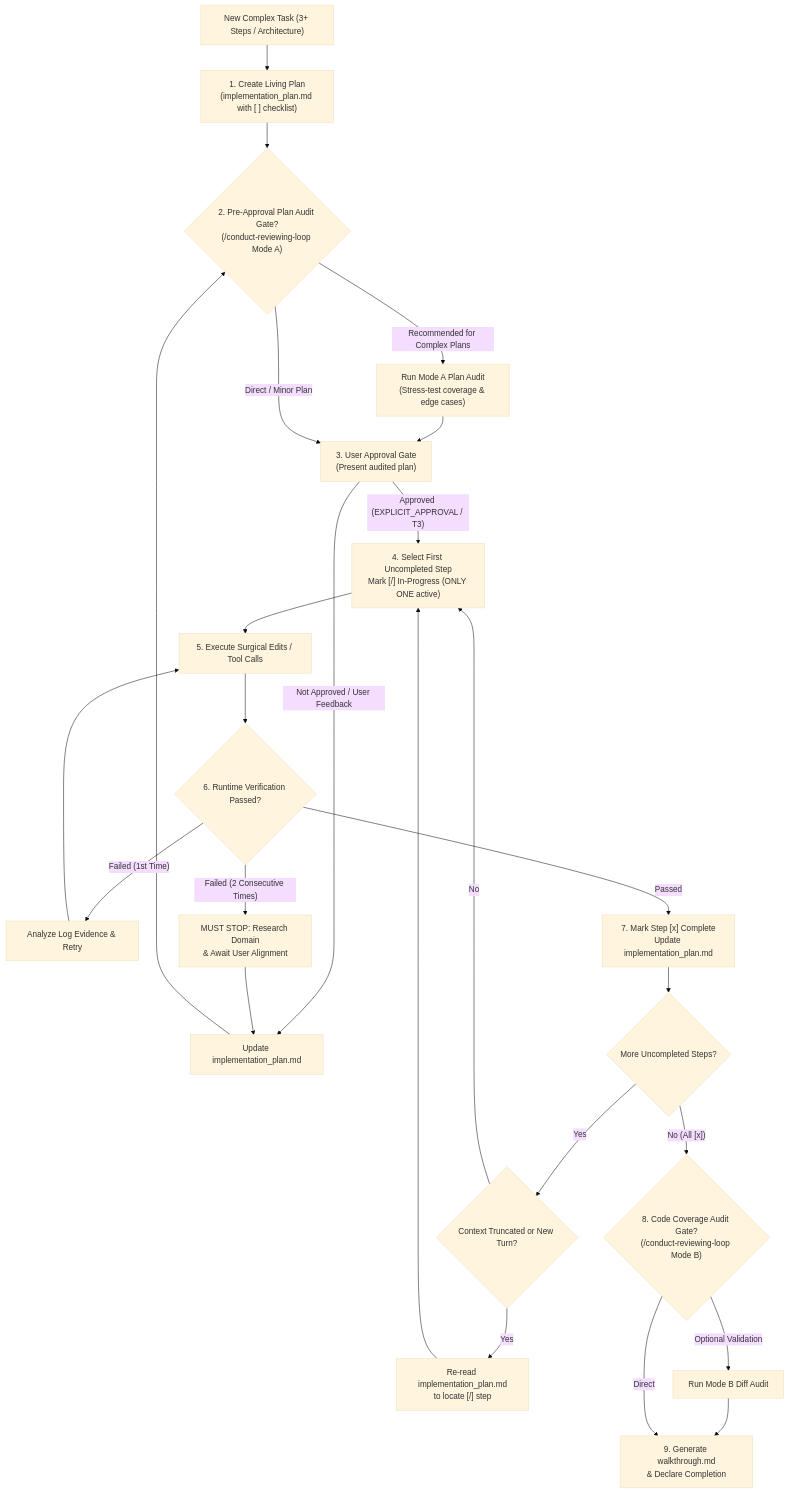
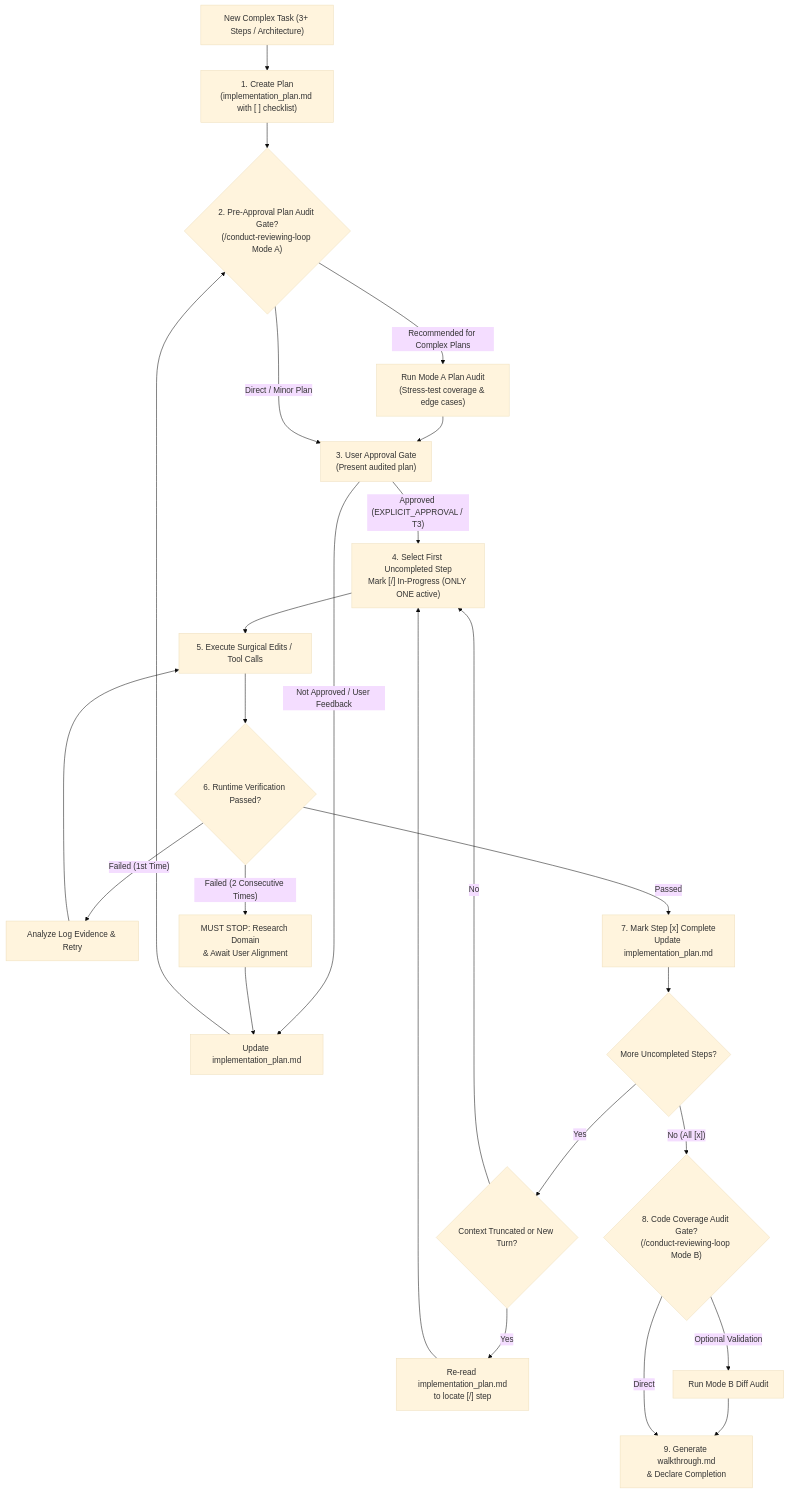
One commit to loerei/myskills changed the third of 10 diagrams in AGENTS.md. Above: the diagram before and after it, drawn with Mermaid (base theme). The commit also changed other lines of this file and 1 other file, not shown here.

Commit message:
docs(policy): strip all occurrences of Living from Section 2 headers and diagrams

````diff
--- a/AGENTS.md
+++ b/AGENTS.md
@@ -80,31 +80,31 @@
 ```mermaid
 flowchart TD
-    Start["New Complex Task (3+ Steps / Architecture)"] --> CreatePlan["1. Create Living Plan<br/>(implementation_plan.md with [ ] checklist)"]
+    Start["New Complex Task (3+ Steps / Architecture)"] --> CreatePlan["1. Create Plan<br/>(implementation_plan.md with [ ] checklist)"]
     CreatePlan --> ModeAOption{"2. Pre-Approval Plan Audit Gate?<br/>(/conduct-reviewing-loop Mode A)"}
     
     ModeAOption -->|"Recommended for Complex Plans"| RunModeA["Run Mode A Plan Audit<br/>(Stress-test coverage & edge cases)"]
     RunModeA --> UserGate["3. User Approval Gate<br/>(Present audited plan)"]
     
     ModeAOption -->|"Direct / Minor Plan"| UserGate
     
     UserGate -->|"Not Approved / User Feedback"| RefinePlanDoc["Update implementation_plan.md"] --> ModeAOption
     
     UserGate -->|"Approved (EXPLICIT_APPROVAL / T3)"| SelectStep["4. Select First Uncompleted Step<br/>Mark [/] In-Progress (ONLY ONE active)"]
     
     SelectStep --> ExecuteStep["5. Execute Surgical Edits / Tool Calls"]
     ExecuteStep --> VerifyStep{"6. Runtime Verification Passed?"}
     
     VerifyStep -->|"Failed (1st Time)"| AnalyzeLog["Analyze Log Evidence & Retry"] --> ExecuteStep
     VerifyStep -->|"Failed (2 Consecutive Times)"| MustStop["MUST STOP: Research Domain<br/>& Await User Alignment"] --> RefinePlanDoc
     
     VerifyStep -->|"Passed"| MarkComplete["7. Mark Step [x] Complete<br/>Update implementation_plan.md"]
     
     MarkComplete --> CheckRemaining{"More Uncompleted Steps?"}
     CheckRemaining -->|"Yes"| ContextCheck{"Context Truncated or New Turn?"}
     ContextCheck -->|"Yes"| ReadPlan["Re-read implementation_plan.md<br/>to locate [/] step"] --> SelectStep
     ContextCheck -->|"No"| SelectStep
     
     CheckRemaining -->|"No (All [x])"| ModeBCheck{"8. Code Coverage Audit Gate?<br/>(/conduct-reviewing-loop Mode B)"}
     ModeBCheck -->|"Optional Validation"| RunModeB["Run Mode B Diff Audit"] --> FinalWalkthrough["9. Generate walkthrough.md<br/>& Declare Completion"]
     ModeBCheck -->|"Direct"| FinalWalkthrough
 ```
````
